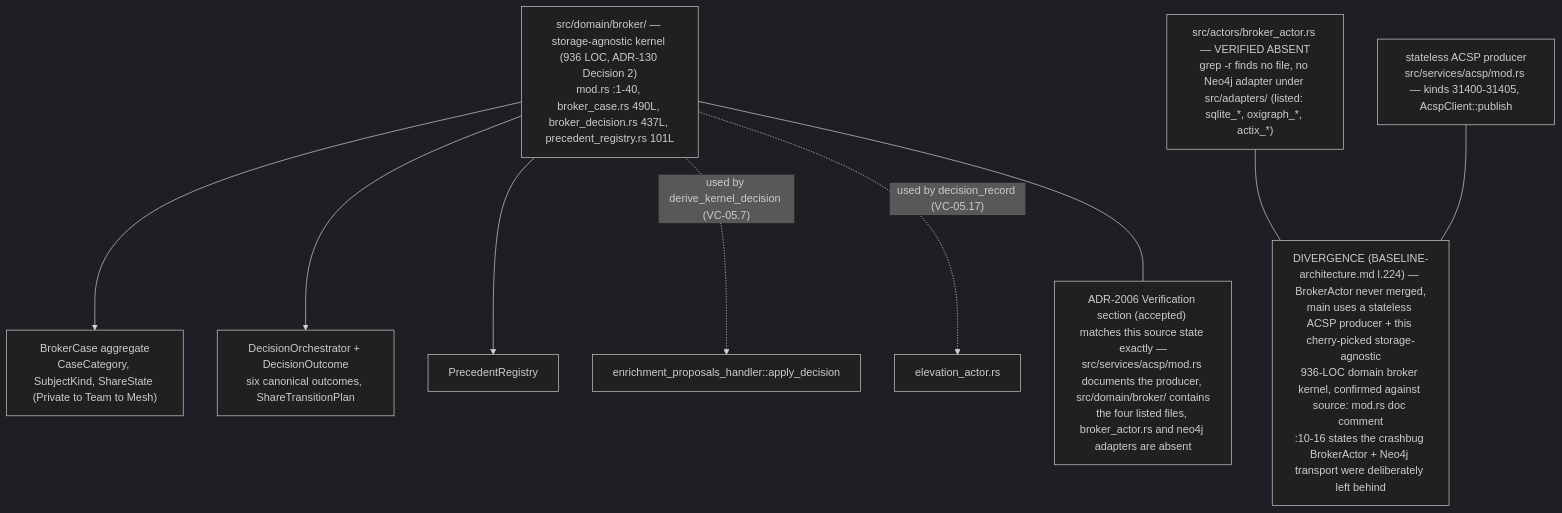
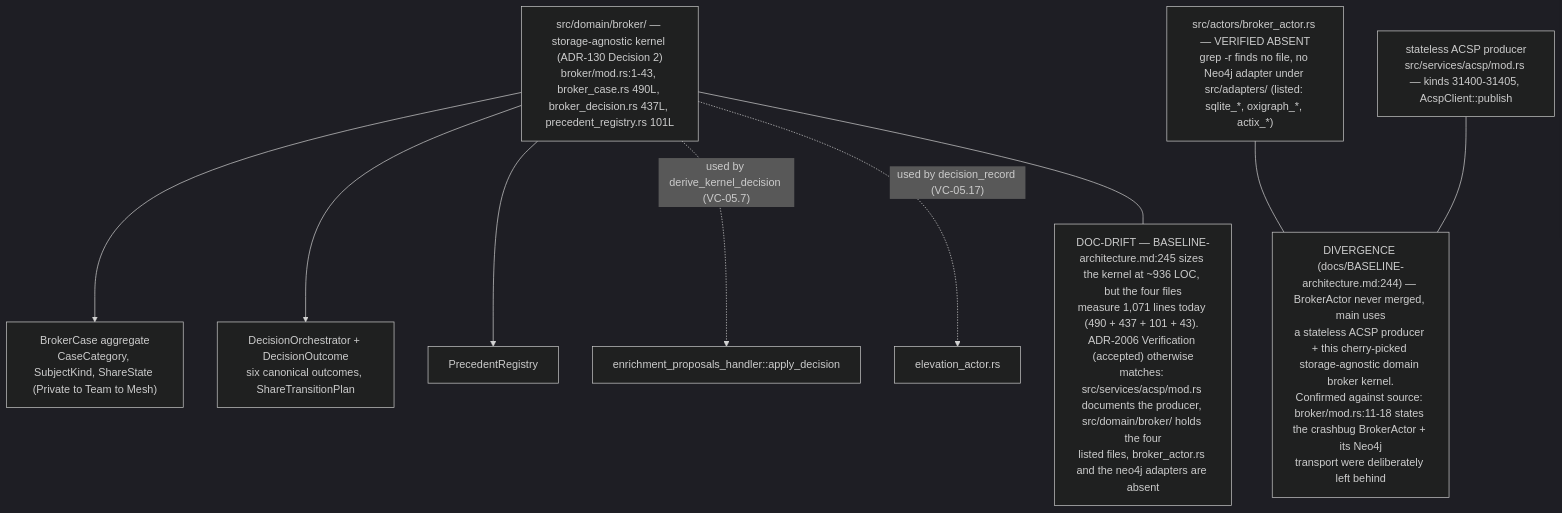
One commit to DreamLab-AI/VisionFlow changed diagram 18 of 18 in docs/diagrams/visionclaw/05-handlers-governance-and-identity.md. Above: the diagram before and after it, drawn with Mermaid (dark theme). The commit also changed other lines of this file and 52 other files, not shown here.

First line of the commit message:
docs(diagrams): wave 3 checkpoint — bare line refs resolved, revision-pinned cite-check, VC-05/AB-01..13 re-attested

````diff
--- a/docs/diagrams/visionclaw/05-handlers-governance-and-identity.md
+++ b/docs/diagrams/visionclaw/05-handlers-governance-and-identity.md
@@ -827,19 +865,19 @@
 ```mermaid
 flowchart TB
-    KERNEL["src/domain/broker/ — storage-agnostic kernel (936 LOC, ADR-130 Decision 2)<br/>mod.rs :1-40, broker_case.rs 490L, broker_decision.rs 437L, precedent_registry.rs 101L"]
+    KERNEL["src/domain/broker/ — storage-agnostic kernel (ADR-130 Decision 2)<br/>broker/mod.rs:1-43, broker_case.rs 490L, broker_decision.rs 437L, precedent_registry.rs 101L"]
     BC["BrokerCase aggregate<br/>CaseCategory, SubjectKind, ShareState (Private to Team to Mesh)"]
     BD["DecisionOrchestrator + DecisionOutcome<br/>six canonical outcomes, ShareTransitionPlan"]
     PR["PrecedentRegistry"]
     KERNEL --> BC
     KERNEL --> BD
     KERNEL --> PR
     ACSP["stateless ACSP producer<br/>src/services/acsp/mod.rs — kinds 31400-31405, AcspClient::publish"]
     ABSENT["src/actors/broker_actor.rs — VERIFIED ABSENT<br/>grep -r finds no file, no Neo4j adapter under src/adapters/ (listed: sqlite_*, oxigraph_*, actix_*)"]
     KERNEL -.->|"used by derive_kernel_decision (VC-05.7)"| CALLER["enrichment_proposals_handler::apply_decision"]
     KERNEL -.->|"used by decision_record (VC-05.17)"| CALLER2["elevation_actor.rs"]
-    N1["DIVERGENCE (BASELINE-architecture.md l.224) — BrokerActor never merged,<br/>main uses a stateless ACSP producer + this cherry-picked storage-agnostic<br/>936-LOC domain broker kernel, confirmed against source: mod.rs doc comment<br/>:10-16 states the crashbug BrokerActor + Neo4j transport were deliberately left behind"]
+    N1["DIVERGENCE (docs/BASELINE-architecture.md:244) — BrokerActor never merged, main uses<br/>a stateless ACSP producer + this cherry-picked storage-agnostic domain broker kernel.<br/>Confirmed against source: broker/mod.rs:11-18 states the crashbug BrokerActor + its Neo4j<br/>transport were deliberately left behind"]
     ABSENT --- N1
     ACSP --- N1
-    N2["ADR-2006 Verification section (accepted) matches this source state exactly —<br/>src/services/acsp/mod.rs documents the producer, src/domain/broker/ contains<br/>the four listed files, broker_actor.rs and neo4j adapters are absent"]
+    N2["DOC-DRIFT — BASELINE-architecture.md:245 sizes the kernel at ~936 LOC, but the four files<br/>measure 1,071 lines today (490 + 437 + 101 + 43). ADR-2006 Verification (accepted) otherwise<br/>matches: src/services/acsp/mod.rs documents the producer, src/domain/broker/ holds the four<br/>listed files, broker_actor.rs and the neo4j adapters are absent"]
     KERNEL --- N2
 ```
````
